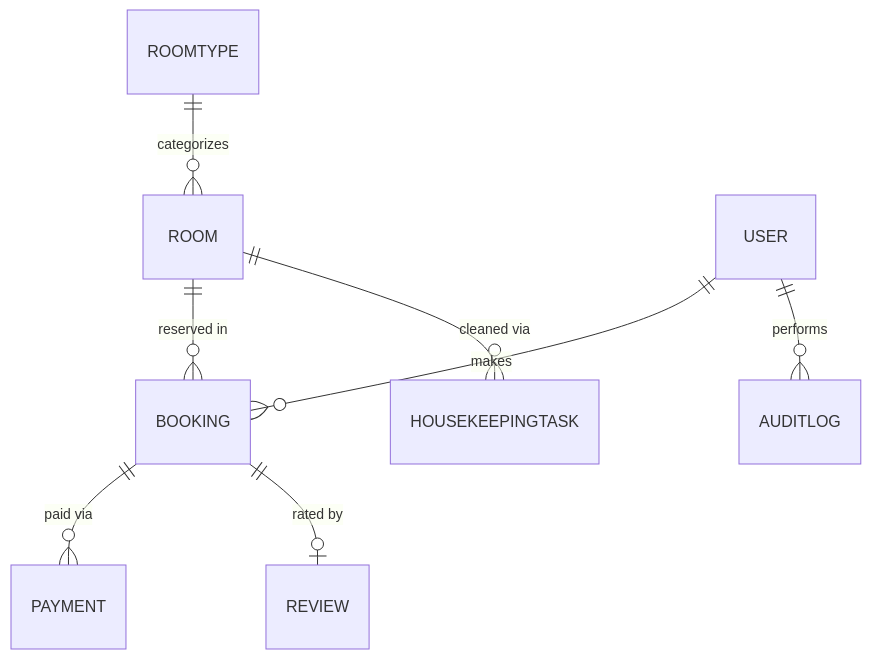
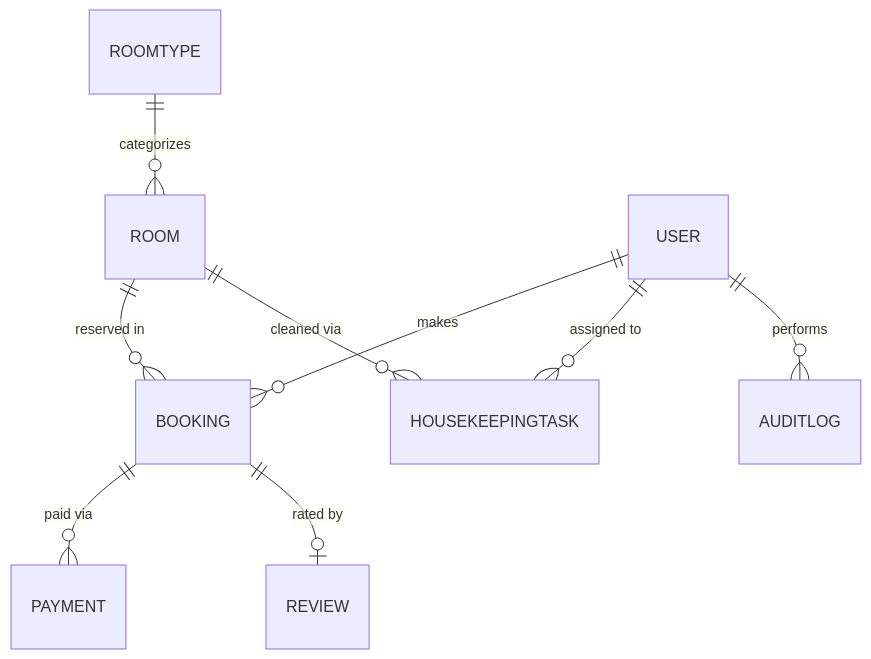
Before and after one commit to Pannnomaly1337/hotelhub: the diagram in docs/02-database-design.md, drawn with Mermaid.

Commit message:
docs: add housekeeping task assignee relationship

````diff
--- a/docs/02-database-design.md
+++ b/docs/02-database-design.md
@@ -56,10 +56,11 @@
 ```mermaid
 erDiagram
     ROOMTYPE ||--o{ ROOM : categorizes
     USER ||--o{ BOOKING : makes
+    USER ||--o{ HOUSEKEEPINGTASK : "assigned to"
     ROOM ||--o{ BOOKING : "reserved in"
     BOOKING ||--o{ PAYMENT : "paid via"
     BOOKING ||--o| REVIEW : "rated by"
     ROOM ||--o{ HOUSEKEEPINGTASK : "cleaned via"
     USER ||--o{ AUDITLOG : performs
 ```
````
